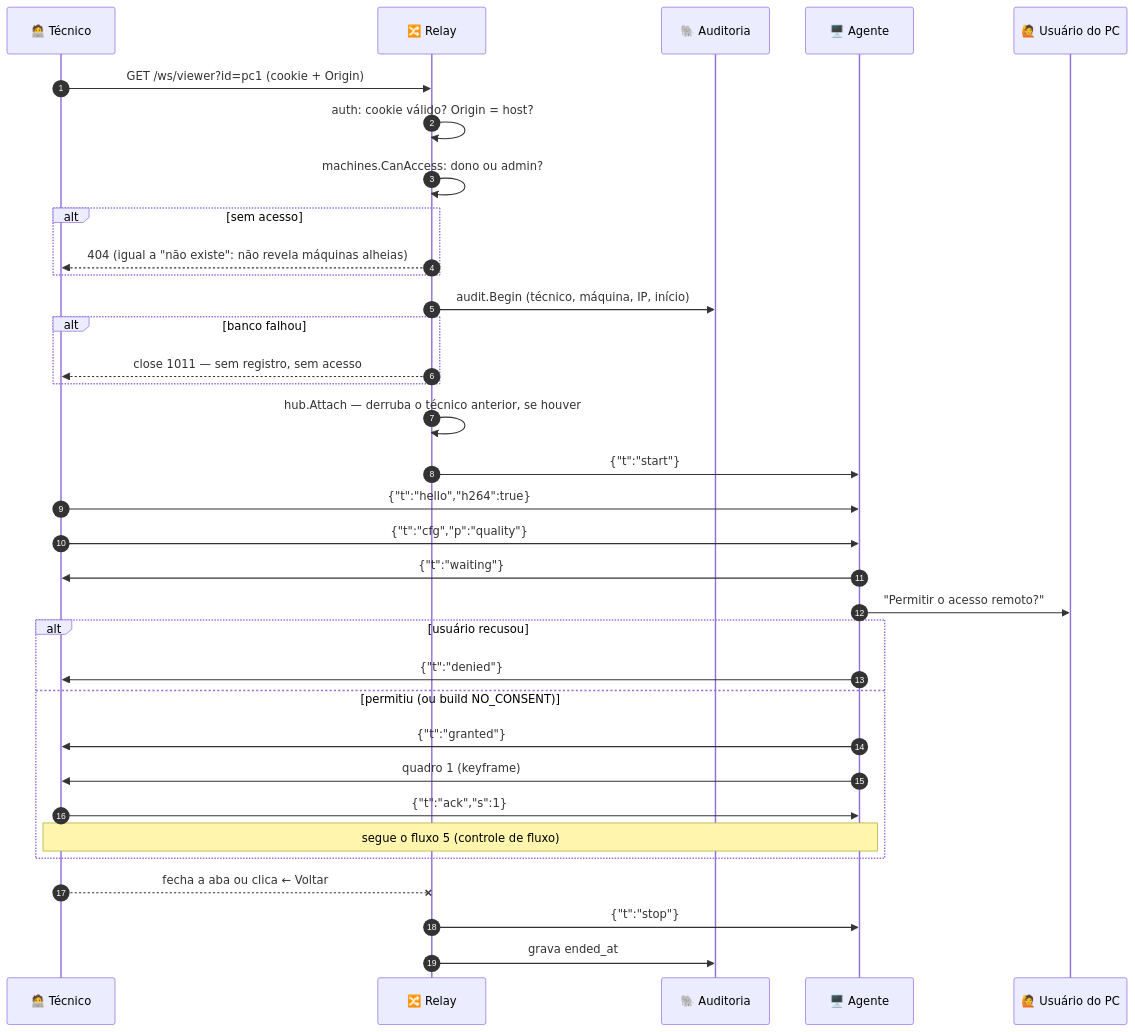
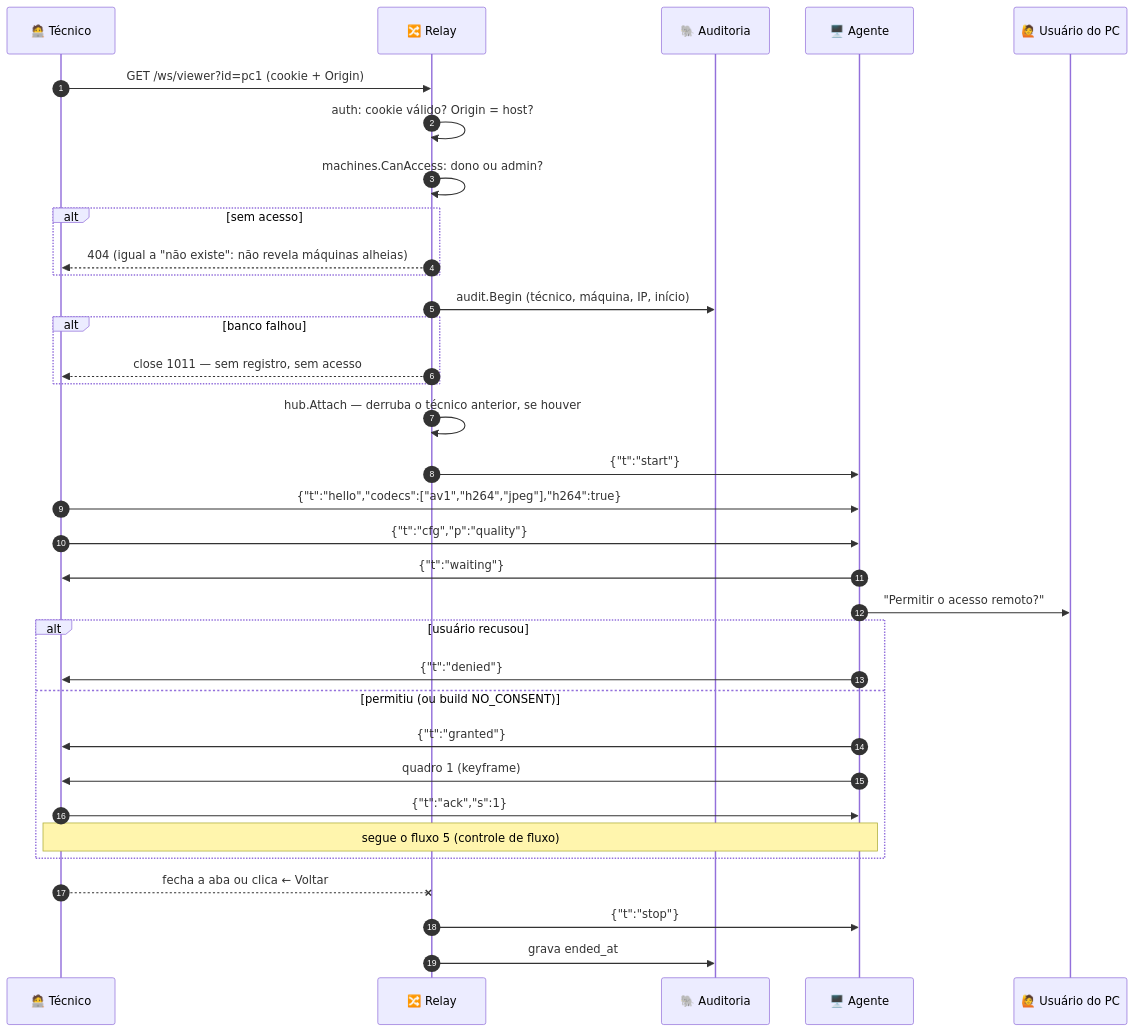
Before and after one commit to caetasousa/remoteIT: the third of 20 diagrams in docs/FLUXOS.md, drawn with Mermaid. The commit also changed other lines of this file and 52 other files, not shown here.

````diff
--- a/docs/FLUXOS.md
+++ b/docs/FLUXOS.md
@@ -119,36 +119,36 @@
 ```mermaid
 sequenceDiagram
     autonumber
     participant T as 🧑‍💻 Técnico
     participant R as 🔀 Relay
     participant DB as 🐘 Auditoria
     participant A as 🖥️ Agente
     participant U as 🙋 Usuário do PC
     T->>R: GET /ws/viewer?id=pc1 (cookie + Origin)
     R->>R: auth: cookie válido? Origin = host?
     R->>R: machines.CanAccess: dono ou admin?
     alt sem acesso
         R-->>T: 404 (igual a "não existe": não revela máquinas alheias)
     end
     R->>DB: audit.Begin (técnico, máquina, IP, início)
     alt banco falhou
         R-->>T: close 1011 — sem registro, sem acesso
     end
     R->>R: hub.Attach — derruba o técnico anterior, se houver
     R->>A: {"t":"start"}
-    T->>A: {"t":"hello","h264":true}
+    T->>A: {"t":"hello","codecs":["av1","h264","jpeg"],"h264":true}
     T->>A: {"t":"cfg","p":"quality"}
     A->>T: {"t":"waiting"}
     A->>U: "Permitir o acesso remoto?"
     alt usuário recusou
         A->>T: {"t":"denied"}
     else permitiu (ou build NO_CONSENT)
         A->>T: {"t":"granted"}
         A->>T: quadro 1 (keyframe)
         T->>A: {"t":"ack","s":1}
         Note over T,A: segue o fluxo 5 (controle de fluxo)
     end
     T--xR: fecha a aba ou clica ← Voltar
     R->>A: {"t":"stop"}
     R->>DB: grava ended_at
 ```
````
